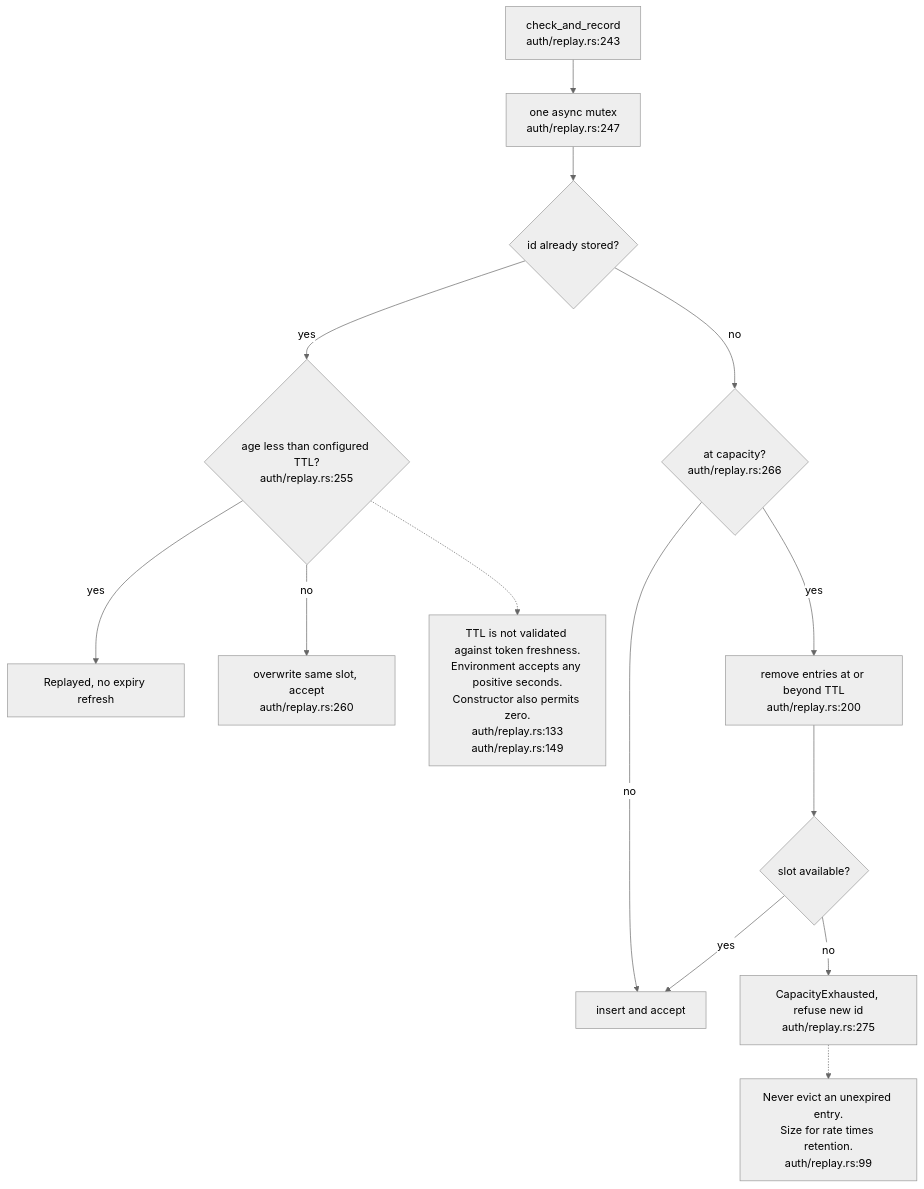
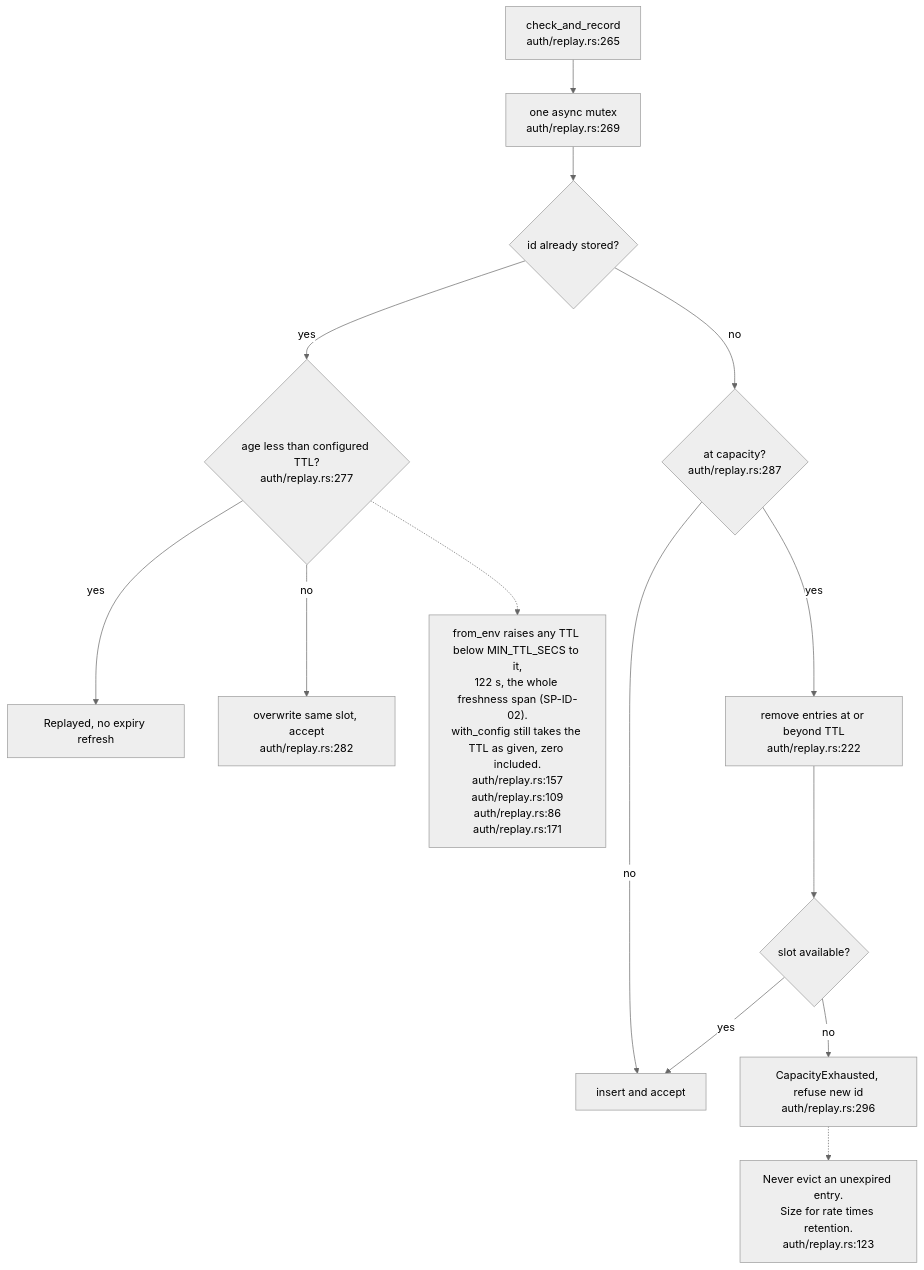
Before and after one commit to DreamLab-AI/VisionFlow: the fourth of 18 diagrams in docs/diagrams/solid-pod-rs/05-identity-nip98-did-oidc.md, drawn with Mermaid (neutral theme). The commit also changed other lines of this file and 2 other files, not shown here.

First line of the commit message:
docs(diagrams): SP-05, SP-11, SP-12 re-verified at solid-pod-rs a28a748

````diff
--- a/docs/diagrams/solid-pod-rs/05-identity-nip98-did-oidc.md
+++ b/docs/diagrams/solid-pod-rs/05-identity-nip98-did-oidc.md
@@ -149,29 +150,31 @@
 ```mermaid
 flowchart TD
     START["check_and_record
-auth/replay.rs:243"] --> LOCK["one async mutex
-auth/replay.rs:247"]
+auth/replay.rs:265"] --> LOCK["one async mutex
+auth/replay.rs:269"]
     LOCK --> SEEN{"id already stored?"}
     SEEN -->|yes| LIVE{"age less than configured TTL?
-auth/replay.rs:255"}
+auth/replay.rs:277"}
     LIVE -->|yes| REPLAY["Replayed, no expiry refresh"]
     LIVE -->|no| REFRESH["overwrite same slot, accept
-auth/replay.rs:260"]
+auth/replay.rs:282"]
     SEEN -->|no| FULL{"at capacity?
-auth/replay.rs:266"}
+auth/replay.rs:287"}
     FULL -->|no| INSERT["insert and accept"]
     FULL -->|yes| RECLAIM["remove entries at or beyond TTL
-auth/replay.rs:200"]
+auth/replay.rs:222"]
     RECLAIM --> SPACE{"slot available?"}
     SPACE -->|yes| INSERT
     SPACE -->|no| REFUSE["CapacityExhausted, refuse new id
-auth/replay.rs:275"]
+auth/replay.rs:296"]
     REFUSE -.-> KEEP["Never evict an unexpired entry.
 Size for rate times retention.
-auth/replay.rs:99"]
-    LIVE -.-> LIMIT["TTL is not validated against token freshness.
-Environment accepts any positive seconds.
-Constructor also permits zero.
-auth/replay.rs:133
-auth/replay.rs:149"]
+auth/replay.rs:123"]
+    LIVE -.-> LIMIT["from_env raises any TTL below MIN_TTL_SECS to it,
+122 s, the whole freshness span (SP-ID-02).
+with_config still takes the TTL as given, zero included.
+auth/replay.rs:157
+auth/replay.rs:109
+auth/replay.rs:86
+auth/replay.rs:171"]
 ```
````
